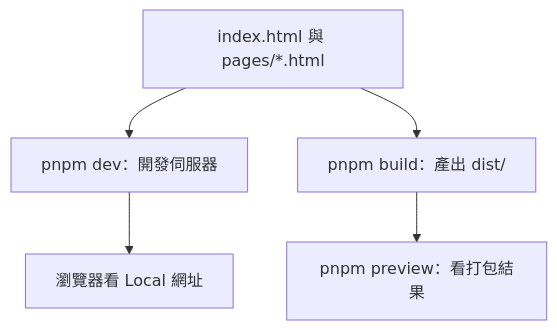
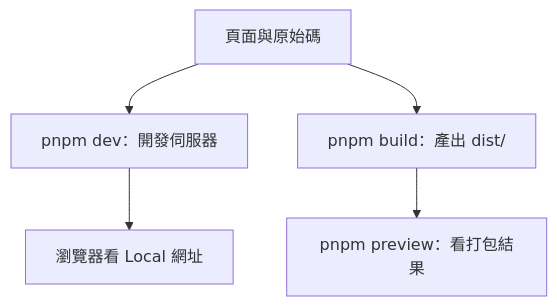
Before and after one commit to summer10920/summer10920.github.io: the second of 2 diagrams in source/_posts/lokiTech-15day-04-tailwind.md, drawn with Mermaid. The commit also changed other lines of this file and 1 other file, not shown here.

```diff
--- a/source/_posts/lokiTech-15day-04-tailwind.md
+++ b/source/_posts/lokiTech-15day-04-tailwind.md
@@ -236,6 +236,6 @@
 {% mermaid graph TD %}
-src["index.html 與 pages/*.html"] --> dev["pnpm dev：開發伺服器"]
+src["頁面與原始碼"] --> dev["pnpm dev：開發伺服器"]
 src --> build["pnpm build：產出 dist/"]
 dev --> browser["瀏覽器看 Local 網址"]
 build --> preview["pnpm preview：看打包結果"]
 {% endmermaid %}
```
